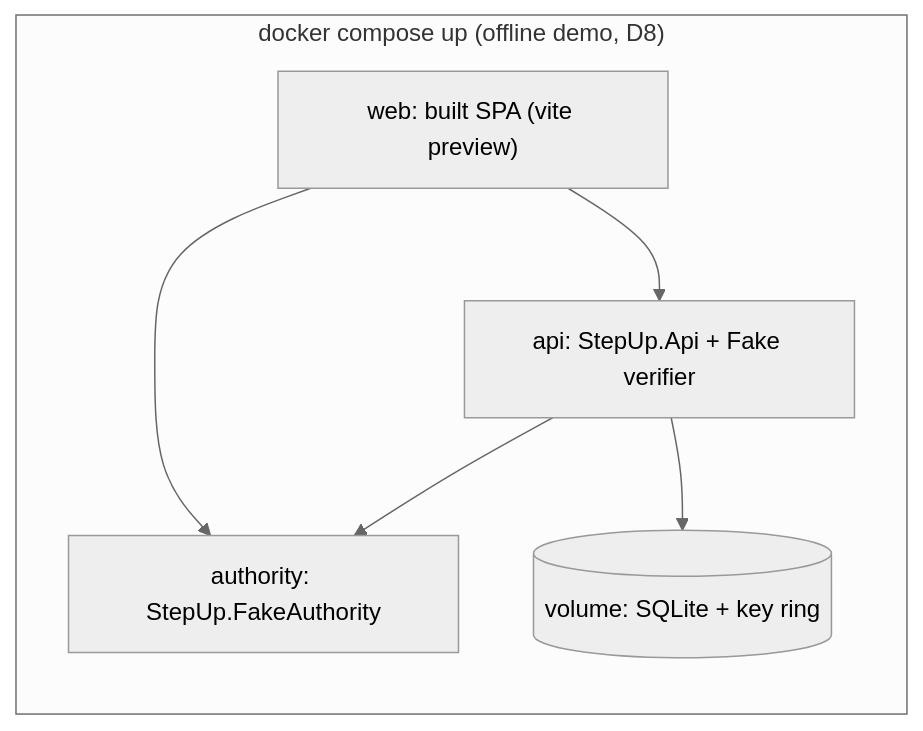
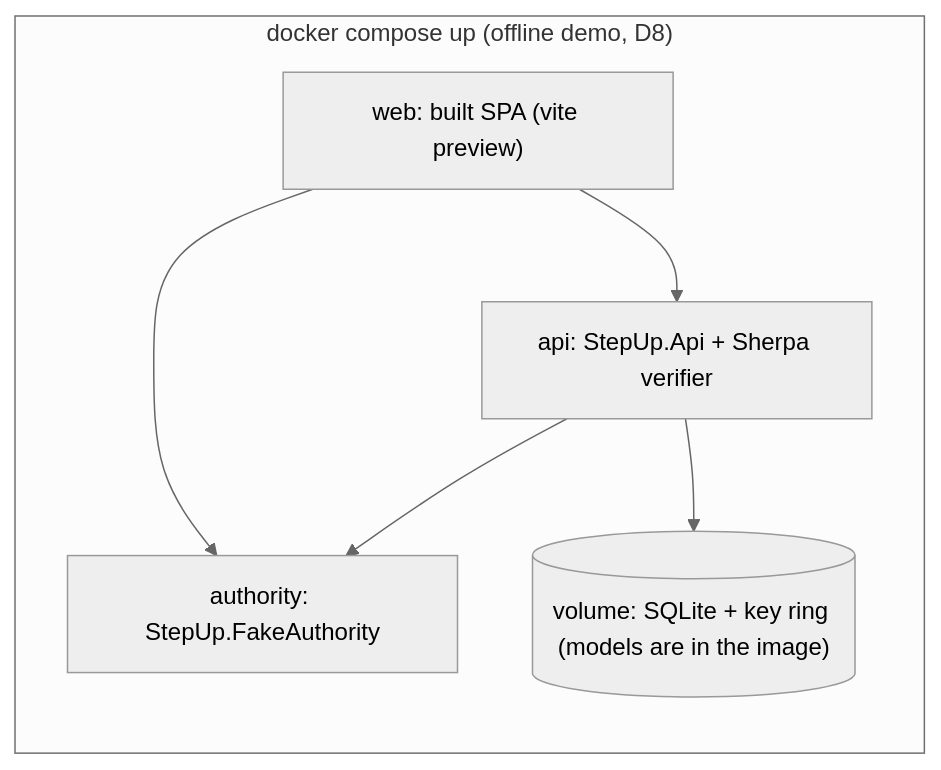
The sixth of 6 diagrams in docs/architecture.md (alfredorevilla/voice-step-up), drawn with Mermaid (neutral theme) before and after one commit. The commit also changed other lines of this file and 4 other files, not shown here.

Commit message:
fix(demo): the compose demo runs the real speaker verifier - the Fake verifier ignores speech, so a microphone cannot use it; one demo CI job replaces container and demo

````diff
--- a/docs/architecture.md
+++ b/docs/architecture.md
@@ -216,13 +216,13 @@
 ```mermaid
 flowchart LR
   subgraph compose["docker compose up (offline demo, D8)"]
     web["web: built SPA (vite preview)"]
-    api["api: StepUp.Api + Fake verifier"]
+    api["api: StepUp.Api + Sherpa verifier"]
     auth["authority: StepUp.FakeAuthority"]
-    vol[("volume: SQLite + key ring")]
+    vol[("volume: SQLite + key ring (models are in the image)")]
   end
   web --> api
   web --> auth
   api --> auth
   api --> vol
 ```
````
